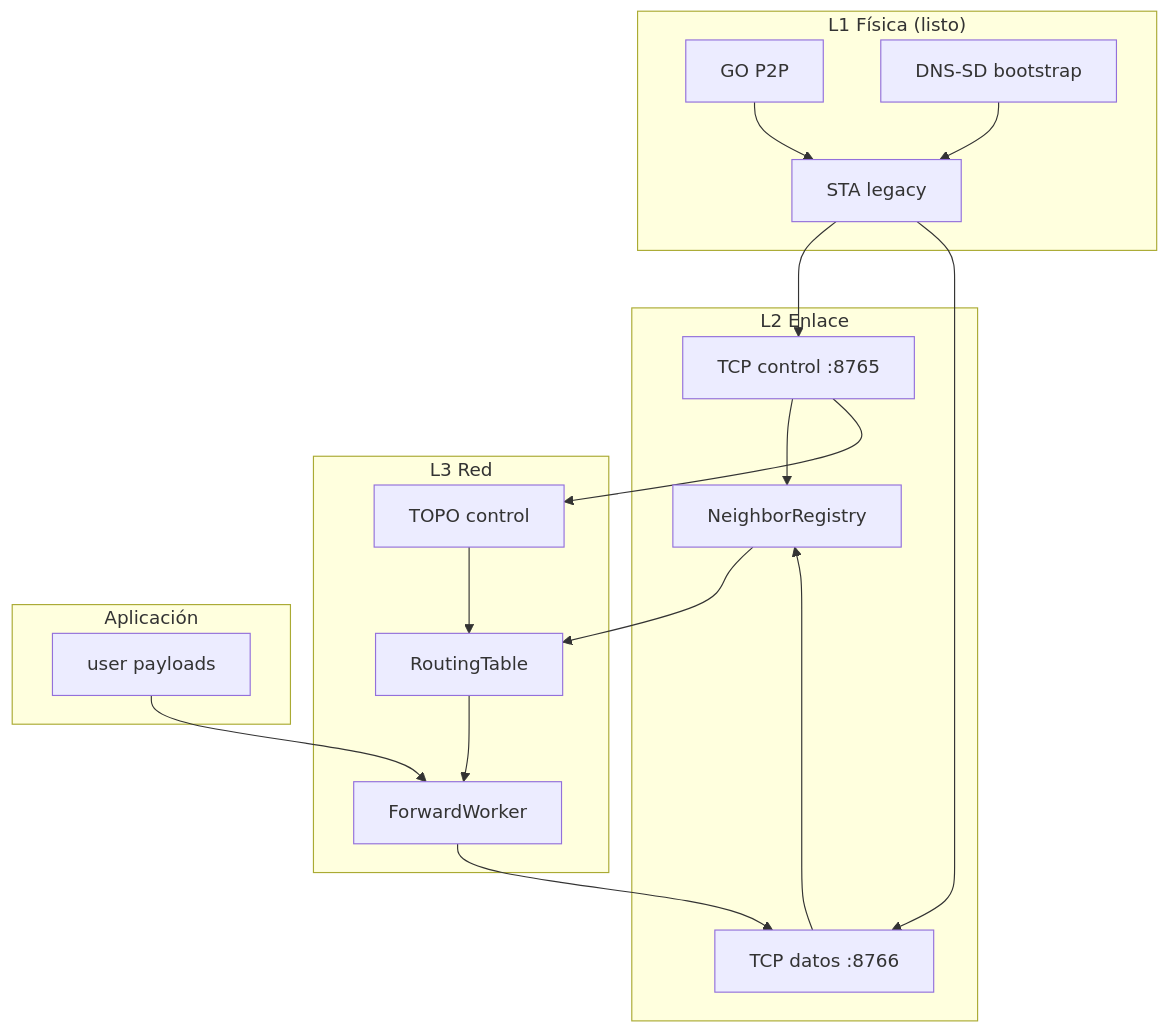
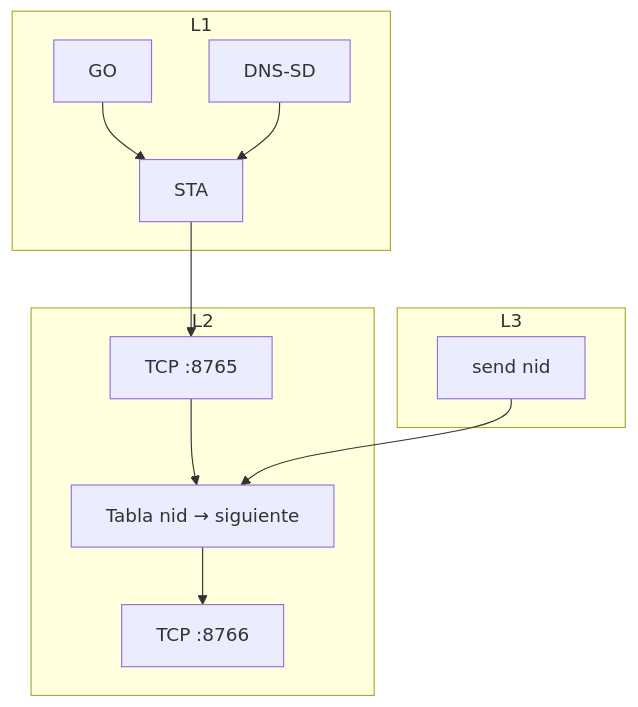
The diagram in docs/protocol/13-layer-model.md (Juanca3789/protocolo_red_multisalto_802.11), drawn with Mermaid before and after one commit. The commit also changed other lines of this file and 100 other files, not shown here.

````diff
--- a/docs/protocol/13-layer-model.md
+++ b/docs/protocol/13-layer-model.md
@@ -111,37 +79,25 @@
 ```mermaid
 flowchart TB
-    subgraph L1["L1 Física (listo)"]
-        GO[GO P2P]
-        STA[STA legacy]
-        MDNS[DNS-SD bootstrap]
+    subgraph L1["L1"]
+        GO[GO]
+        STA[STA]
+        MDNS[DNS-SD]
     end
 
-    subgraph L2["L2 Enlace"]
-        CTRL[TCP control :8765]
-        DATA[TCP datos :8766]
-        NEI[NeighborRegistry]
+    subgraph L2["L2"]
+        C8765[TCP :8765]
+        TAB[Tabla nid → siguiente]
+        C8766[TCP :8766]
     end
 
-    subgraph L3["L3 Red"]
-        RT[RoutingTable]
-        FWD[ForwardWorker]
-        TOPO[TOPO control]
-    end
-
-    subgraph APP["Aplicación"]
-        USR[user payloads]
+    subgraph L3["L3"]
+        SEND[send nid]
     end
 
     GO --> STA
     MDNS --> STA
-    STA --> CTRL
-    STA --> DATA
-    CTRL --> NEI
-    DATA --> NEI
-    NEI --> RT
-    TOPO --> RT
-    RT --> FWD
-    FWD --> DATA
-    USR --> FWD
-    CTRL --> TOPO
+    STA --> C8765
+    C8765 --> TAB
+    TAB --> C8766
+    SEND --> TAB
 ```
````
